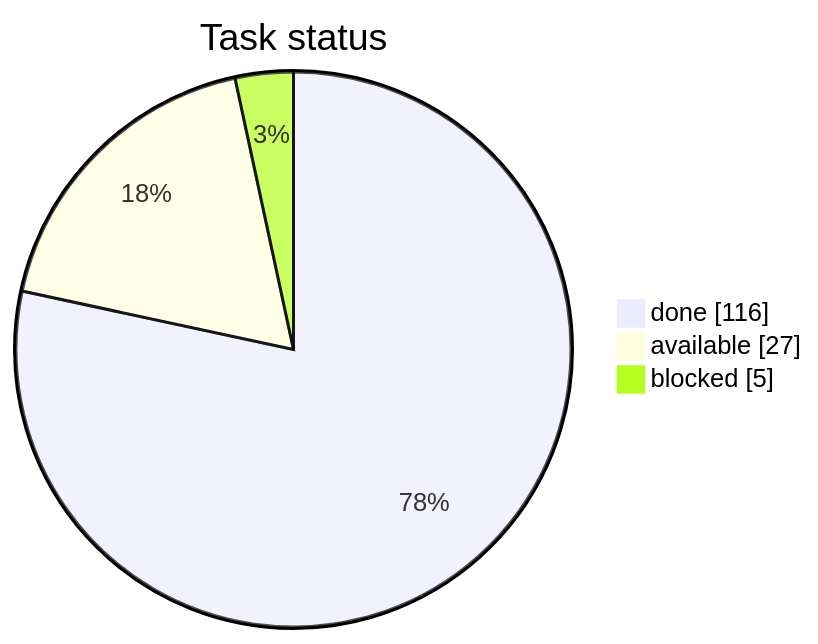
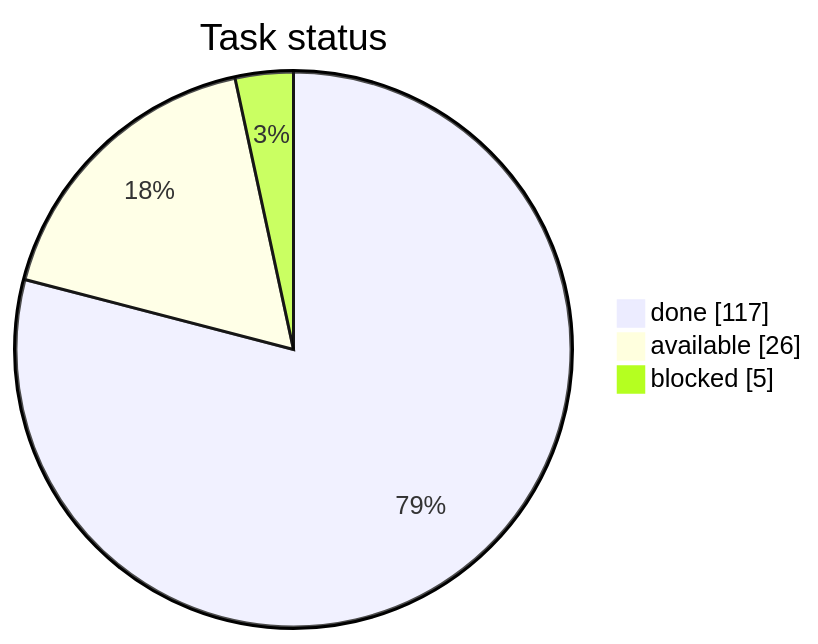
One commit to artemiiShabanov/RallyRivals changed the first of 3 diagrams in STATUS.md. Above: the diagram before and after it, drawn with Mermaid. The commit also changed other lines of this file and 12 other files, not shown here.

````diff
--- a/STATUS.md
+++ b/STATUS.md
@@ -7,7 +7,7 @@
 ```mermaid
 pie showData
     title Task status
-    "done" : 116
-    "available" : 27
+    "done" : 117
+    "available" : 26
     "blocked" : 5
 ```
````
